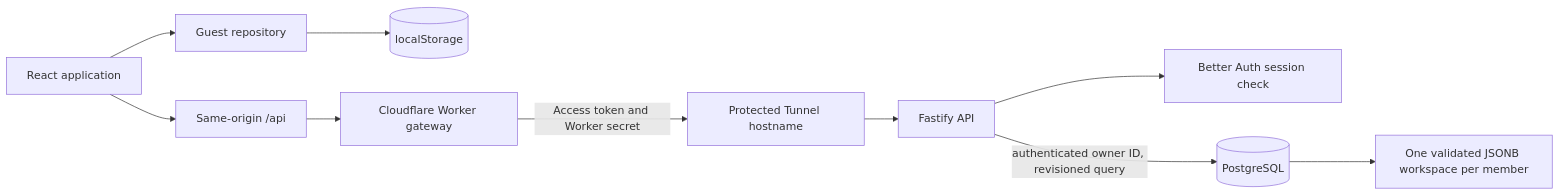
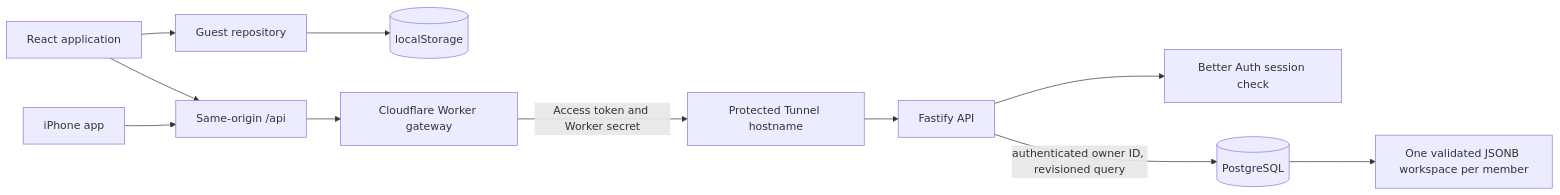
The diagram in docs/architecture.md (Raoof128/forma-workout-planner), drawn with Mermaid before and after one commit. The commit also changed other lines of this file and 27 other files, not shown here.

````diff
--- a/docs/architecture.md
+++ b/docs/architecture.md
@@ -12,13 +12,14 @@
 ```mermaid
 flowchart LR
   Browser[React application]
   Browser --> Guest[Guest repository]
   Guest --> Local[(localStorage)]
   Browser --> SameOrigin[Same-origin /api]
+  Native[iPhone app] --> SameOrigin
   SameOrigin --> Worker[Cloudflare Worker gateway]
   Worker -->|Access token and Worker secret| Tunnel[Protected Tunnel hostname]
   Tunnel --> API[Fastify API]
   API --> Auth[Better Auth session check]
   API -->|authenticated owner ID, revisioned query| DB[(PostgreSQL)]
   DB --> Workspace[One validated JSONB workspace per member]
 ```
````
